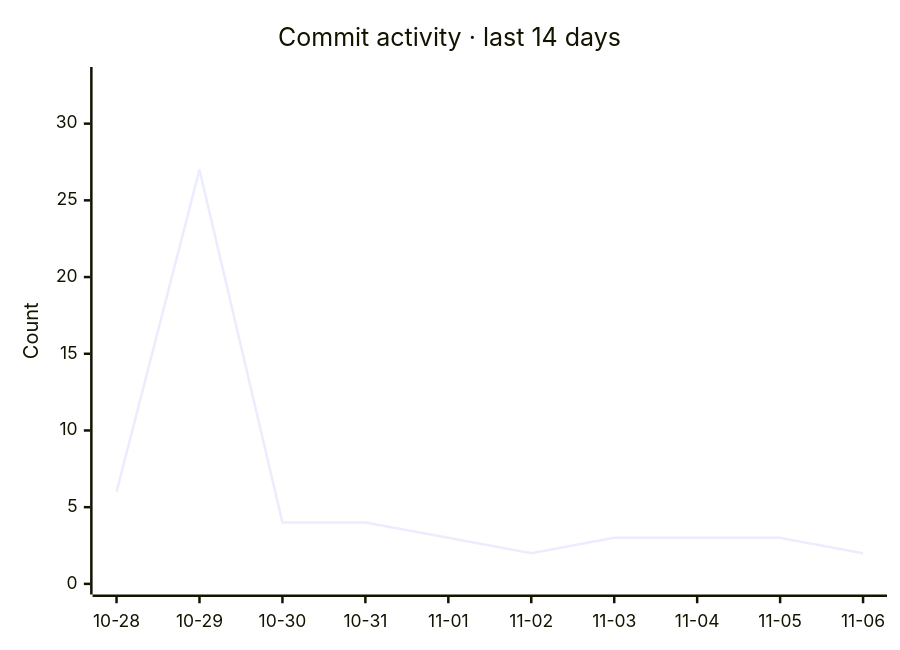
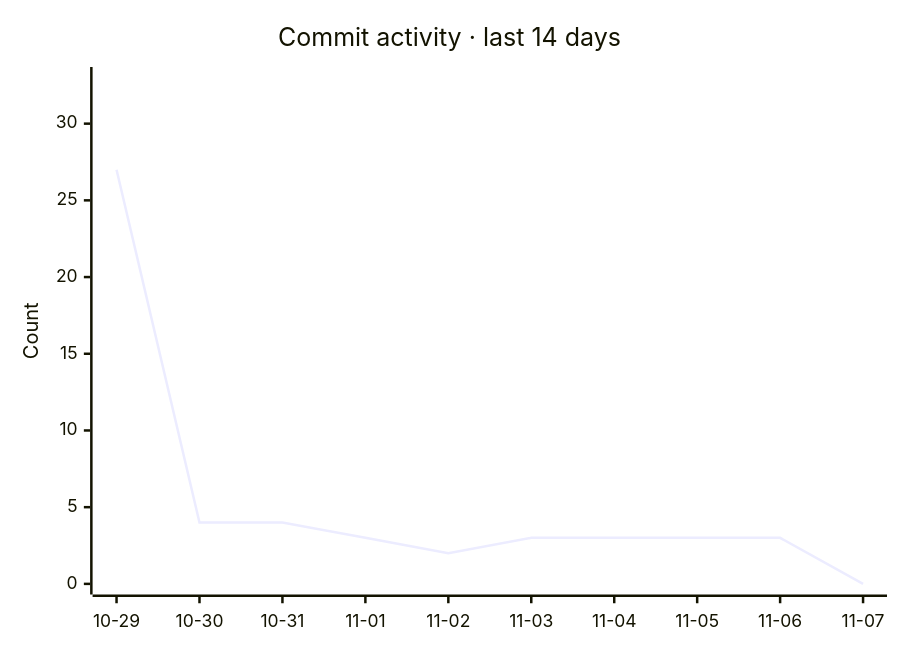
The second of 2 diagrams in README.md (razzaqinspires/whiskay-bot), drawn with Mermaid before and after one commit. The commit also changed other lines of this file and 2 other files, not shown here.

Commit message:
chore(metrics): refresh GitHub traffic and update timestamp [skip ci]

````diff
--- a/README.md
+++ b/README.md
@@ -329,7 +329,7 @@
 ```mermaid
 xychart-beta
     title "Commit activity · last 14 days"
-    x-axis ["10-28", "10-29", "10-30", "10-31", "11-01", "11-02", "11-03", "11-04", "11-05", "11-06"]
+    x-axis ["10-29", "10-30", "10-31", "11-01", "11-02", "11-03", "11-04", "11-05", "11-06", "11-07"]
     y-axis "Count" 0 --> 33
-    line [6, 27, 4, 4, 3, 2, 3, 3, 3, 2]
+    line [27, 4, 4, 3, 2, 3, 3, 3, 3, 0]
 ```
````
